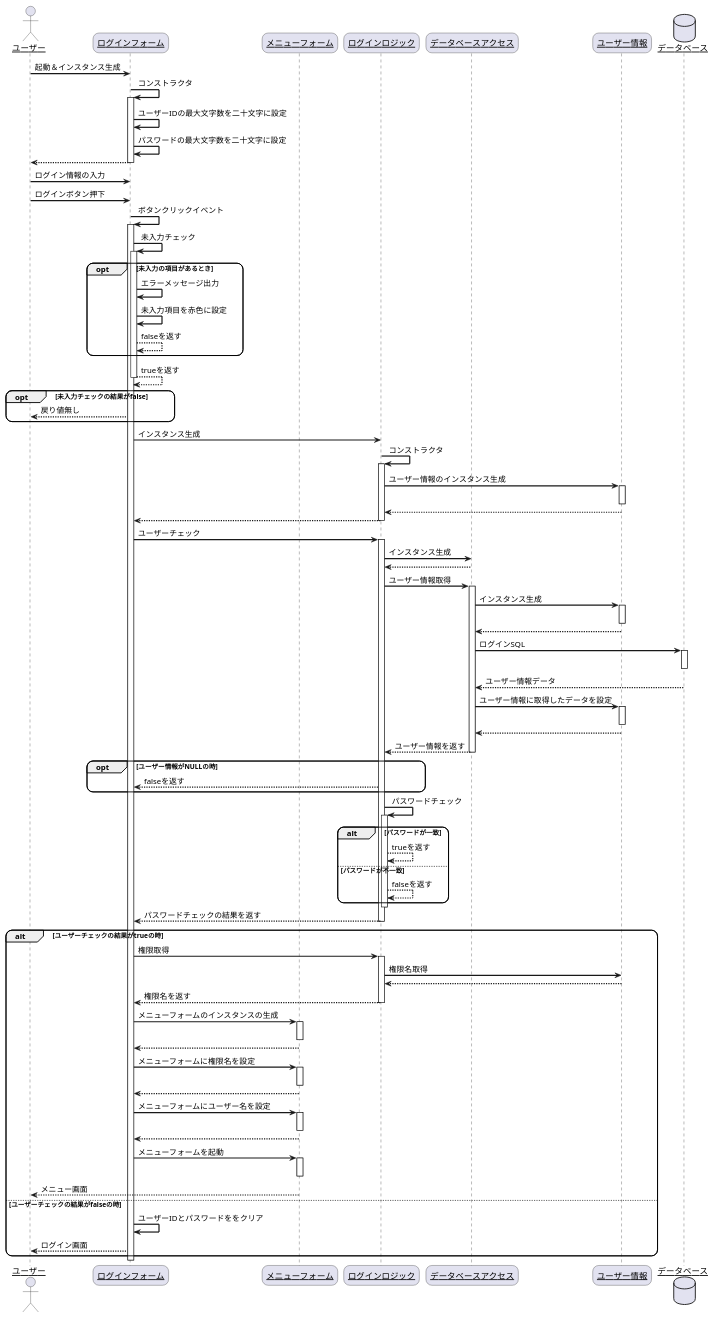
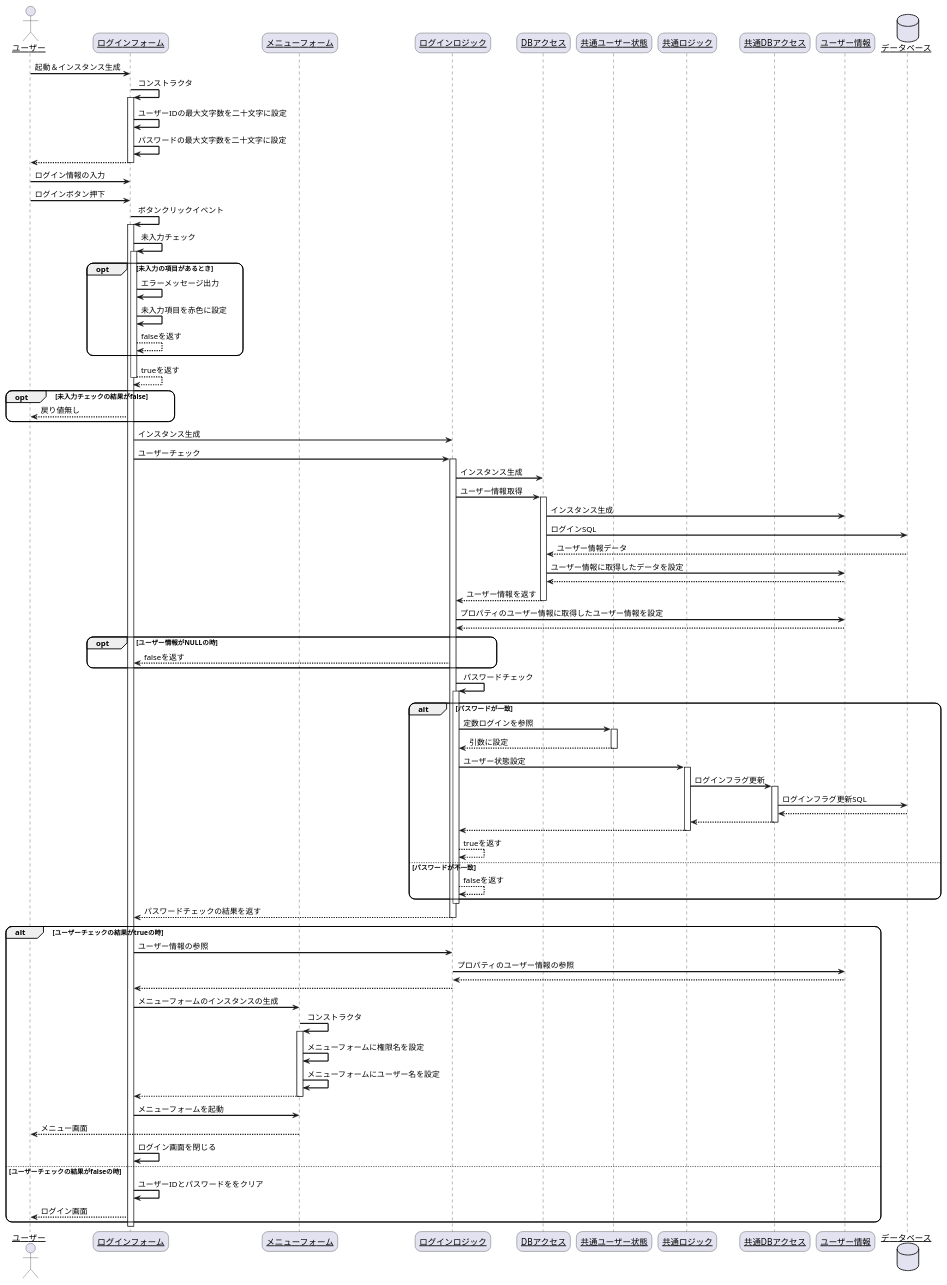
Before and after one commit to R-SAIKI/practiceUML: the diagram in シーケンス図/ログイン.pu, drawn with PlantUML. The commit also changed 20 other files, not shown here.

Commit message:
ログイン機能とログアウト機能のシーケンス図完成

```diff
--- a/シーケンス図/ログイン.pu
+++ b/シーケンス図/ログイン.pu
@@ -1,113 +1,108 @@
 @startuml
 skinparam sequenceArrowThickness 2
 skinparam roundcorner 20
 skinparam maxmessagesize 60
 skinparam sequenceParticipant underline
 
 actor "ユーザー" as user
 participant "ログインフォーム" as login_form
 participant "メニューフォーム" as menu_form
 participant "ログインロジック" as login_logic
-participant "データベースアクセス" as data_acces
+participant "DBアクセス" as data_acces
+participant "共通ユーザー状態" as enum_user
+participant "共通ロジック" as common_logic
+participant "共通DBアクセス" as common_db
 participant "ユーザー情報" as user_info
 database "データベース" as db
 
 user -> login_form: 起動＆インスタンス生成
 login_form -> login_form: コンストラクタ
 activate login_form
 login_form -> login_form:ユーザーIDの最大文字数を二十文字に設定
 login_form -> login_form:パスワードの最大文字数を二十文字に設定
 
 login_form --> user:
 deactivate login_form
 user -> login_form: ログイン情報の入力
 user -> login_form: ログインボタン押下
 login_form -> login_form: ボタンクリックイベント
 activate login_form
 
 login_form -> login_form: 未入力チェック
 activate login_form
 opt 未入力の項目があるとき
     login_form -> login_form: エラーメッセージ出力
     login_form -> login_form: 未入力項目を赤色に設定
     login_form --> login_form:falseを返す
 end
 login_form --> login_form:trueを返す
 deactivate login_form
 opt 未入力チェックの結果がfalse
     login_form --> user:戻り値無し
 end
 login_form -> login_logic: インスタンス生成
-login_logic -> login_logic: コンストラクタ
-activate login_logic
-login_logic -> user_info: ユーザー情報のインスタンス生成
-activate user_info
-deactivate user_info
-user_info --> login_logic:
-login_logic --> login_form:
-deactivate login_logic
 login_form -> login_logic: ユーザーチェック
 activate login_logic
 login_logic -> data_acces: インスタンス生成
-data_acces --> login_logic:
 login_logic -> data_acces: ユーザー情報取得
 activate data_acces
 
 data_acces -> user_info: インスタンス生成
-activate user_info
-deactivate user_info
-user_info --> data_acces:
 data_acces -> db: ログインSQL
-activate db
-deactivate db
 db --> data_acces: ユーザー情報データ
 data_acces -> user_info: ユーザー情報に取得したデータを設定
-activate user_info
-deactivate user_info
 user_info --> data_acces:
 data_acces --> login_logic: ユーザー情報を返す
 deactivate data_acces
+login_logic -> user_info: プロパティのユーザー情報に取得したユーザー情報を設定
+user_info --> login_logic: 
 opt ユーザー情報がNULLの時
     login_logic --> login_form: falseを返す
 end
 login_logic -> login_logic: パスワードチェック
 activate login_logic
 alt パスワードが一致
+    login_logic -> enum_user: 定数ログインを参照
+    activate enum_user
+    enum_user --> login_logic: 引数に設定
+    deactivate enum_user
+    login_logic -> common_logic: ユーザー状態設定
+    activate common_logic
+    common_logic -> common_db: ログインフラグ更新
+    activate common_db
+    common_db -> db: ログインフラグ更新SQL
+    db --> common_db: 
+    common_db --> common_logic: 
+    deactivate common_db
+    common_logic --> login_logic: 
+    deactivate common_logic
     login_logic --> login_logic: trueを返す
 else パスワードが不一致
     login_logic --> login_logic: falseを返す
 end
 deactivate login_logic
 login_logic --> login_form: パスワードチェックの結果を返す
 deactivate login_logic
 deactivate login_logic
 alt ユーザーチェックの結果がtrueの時
-    login_form -> login_logic: 権限取得
-    activate login_logic
-    login_logic -> user_info: 権限名取得
+    login_form -> login_logic: ユーザー情報の参照
+    login_logic -> user_info: プロパティのユーザー情報の参照
     user_info --> login_logic: 
-    login_logic --> login_form: 権限名を返す
-    deactivate login_logic
+    login_logic --> login_form: 
     login_form -> menu_form: メニューフォームのインスタンスの生成
+    menu_form -> menu_form: コンストラクタ
     activate menu_form
+    menu_form -> menu_form: メニューフォームに権限名を設定
+    menu_form -> menu_form: メニューフォームにユーザー名を設定
+    menu_form --> login_form: 
     deactivate menu_form
-    menu_form --> login_form: 
-    login_form -> menu_form: メニューフォームに権限名を設定
-    activate menu_form
-    deactivate menu_form
-    menu_form --> login_form: 
-    login_form -> menu_form: メニューフォームにユーザー名を設定
-    activate menu_form
-    deactivate menu_form
-    menu_form --> login_form: 
     login_form -> menu_form: メニューフォームを起動
-    activate menu_form
-    deactivate menu_form
     menu_form --> user: メニュー画面
+    login_form -> login_form: ログイン画面を閉じる
 else ユーザーチェックの結果がfalseの時
     login_form -> login_form: ユーザーIDとパスワードををクリア
     login_form --> user: ログイン画面
 end
 deactivate login_form
 
 @enduml
```
